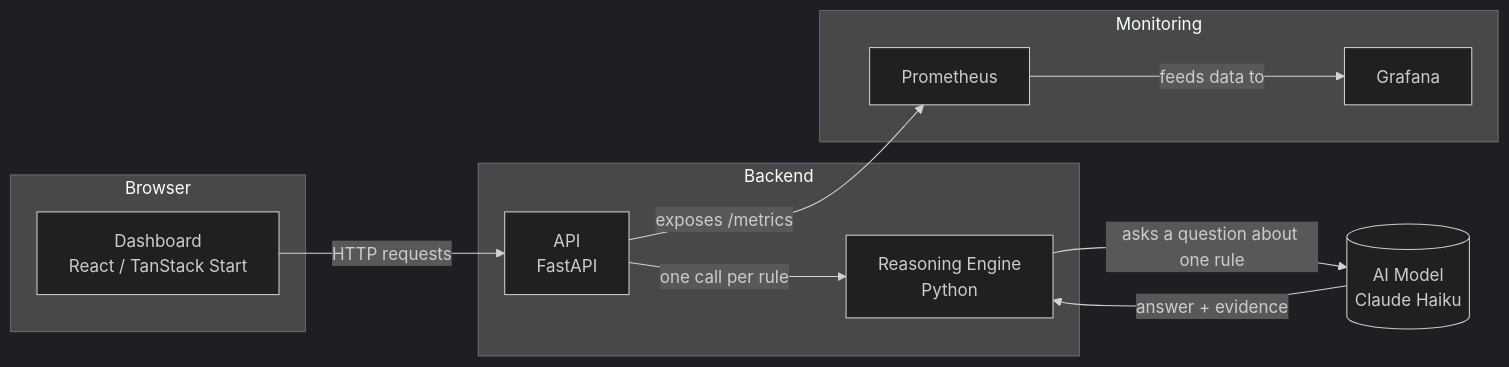
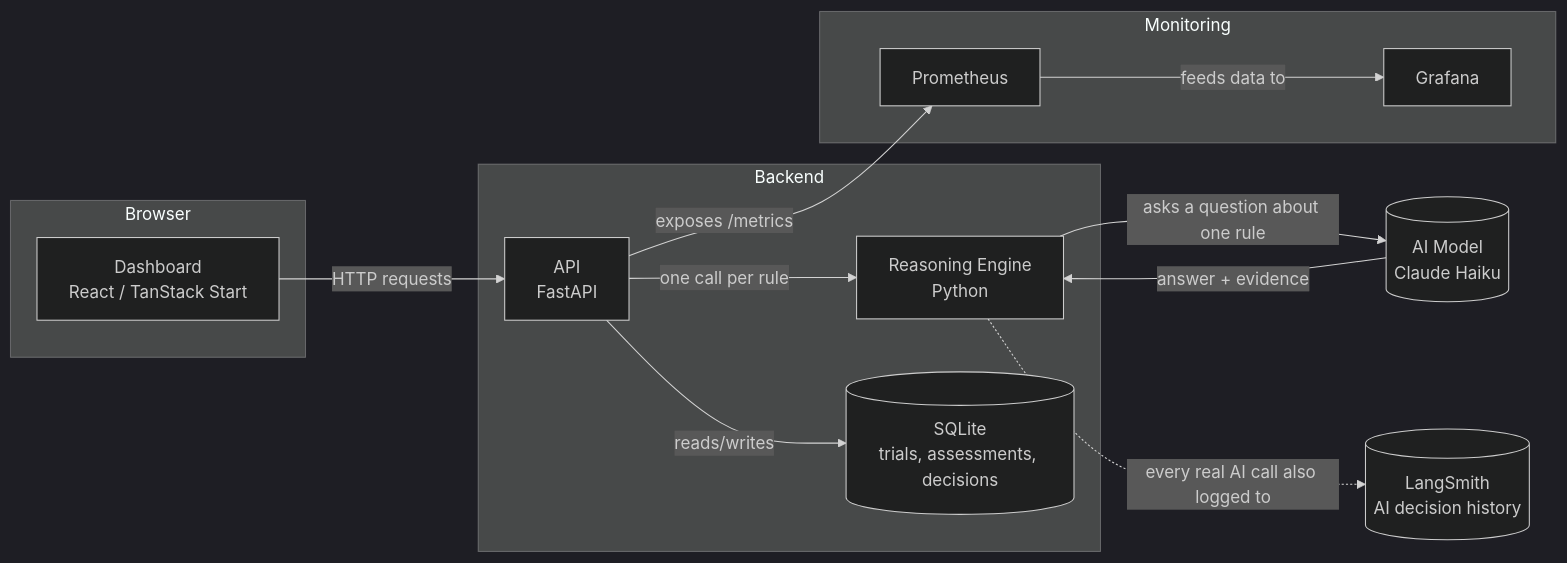
Before and after one commit to CogKnowEdge-Solutions/Context-Memory-Layer: the second of 2 diagrams in README.md, drawn with Mermaid (dark theme). The commit also changed other lines of this file and 6 other files, not shown here.

````diff
--- a/README.md
+++ b/README.md
@@ -69,25 +72,29 @@
 ```mermaid
 flowchart LR
     subgraph Browser
         UI[Dashboard<br/>React / TanStack Start]
     end
 
     subgraph Backend
         API[API<br/>FastAPI]
         ENGINE[Reasoning Engine<br/>Python]
+        DB[(SQLite<br/>trials, assessments, decisions)]
     end
 
     subgraph Monitoring
         PROM[Prometheus]
         GRAF[Grafana]
     end
 
     LLM[(AI Model<br/>Claude Haiku)]
+    LS[(LangSmith<br/>AI decision history)]
 
     UI -- HTTP requests --> API
     API -- one call per rule --> ENGINE
     ENGINE -- asks a question about one rule --> LLM
     LLM -- answer + evidence --> ENGINE
+    API -- reads/writes --> DB
     API -- exposes /metrics --> PROM
     PROM -- feeds data to --> GRAF
+    ENGINE -. every real AI call also logged to .-> LS
 ```
````
